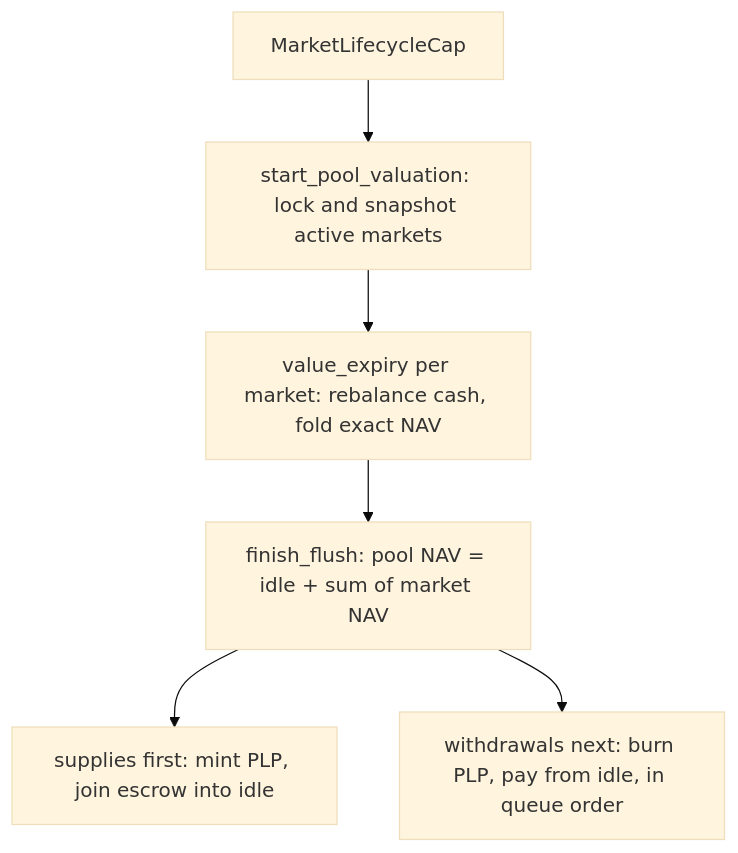
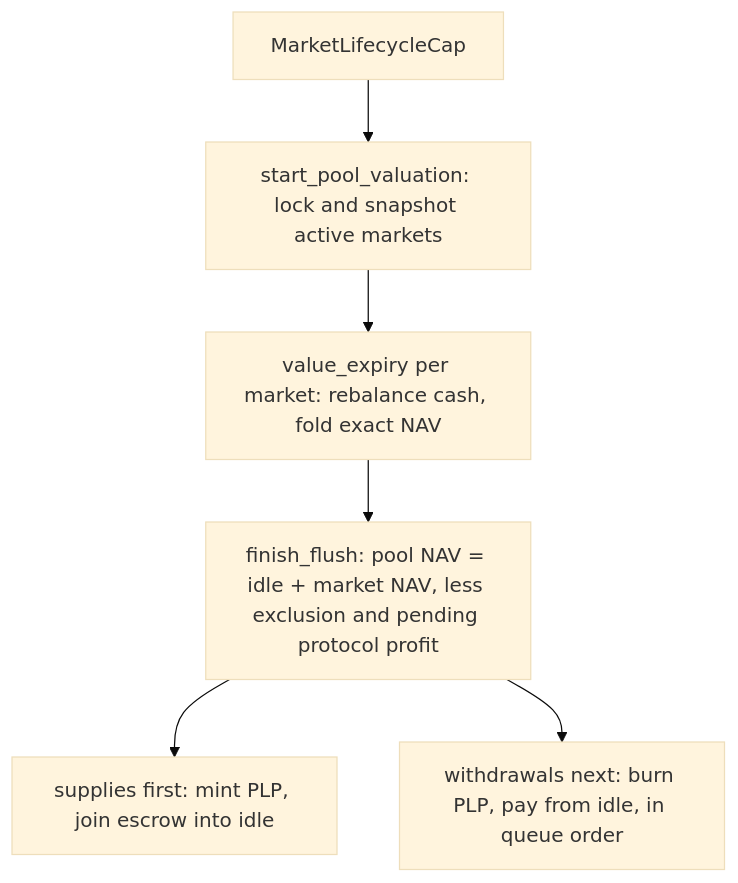
Before and after one commit to MystenLabs/sui: the diagram in docs/content/onchain-finance/deepbook/deepbook-predict/design.mdx, drawn with Mermaid (base theme). The commit also changed other lines of this file and 20 other files, not shown here.

````diff
--- a/docs/content/onchain-finance/deepbook/deepbook-predict/design.mdx
+++ b/docs/content/onchain-finance/deepbook/deepbook-predict/design.mdx
@@ -153,8 +160,8 @@
 ```mermaid
 flowchart TD
   CAP["MarketLifecycleCap"] --> START["start_pool_valuation: lock and snapshot active markets"]
   START --> VAL["value_expiry per market: rebalance cash, fold exact NAV"]
-  VAL --> FIN["finish_flush: pool NAV = idle + sum of market NAV"]
+  VAL --> FIN["finish_flush: pool NAV = idle + market NAV, less exclusion and pending protocol profit"]
   FIN --> SUP["supplies first: mint PLP, join escrow into idle"]
   FIN --> WD["withdrawals next: burn PLP, pay from idle, in queue order"]
 ```
````
